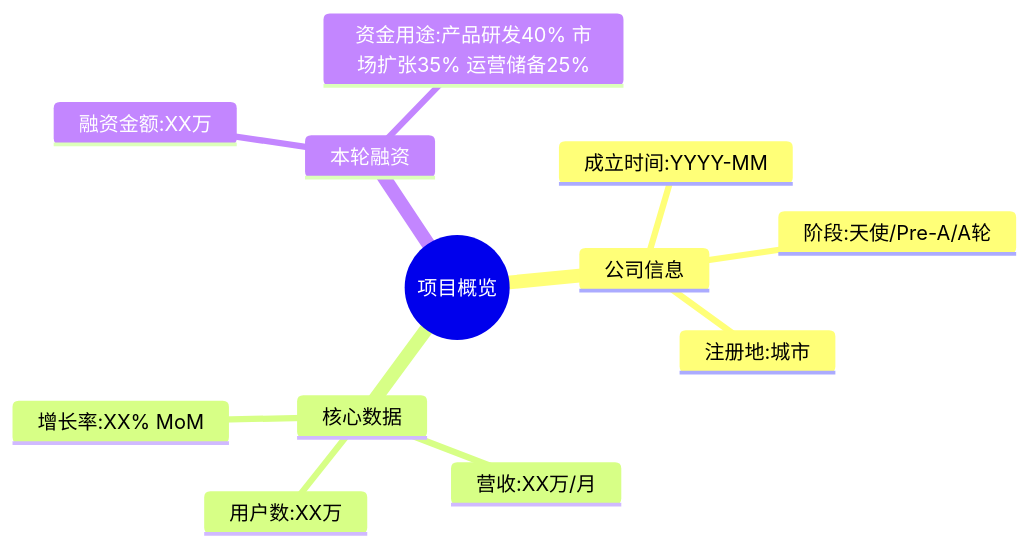
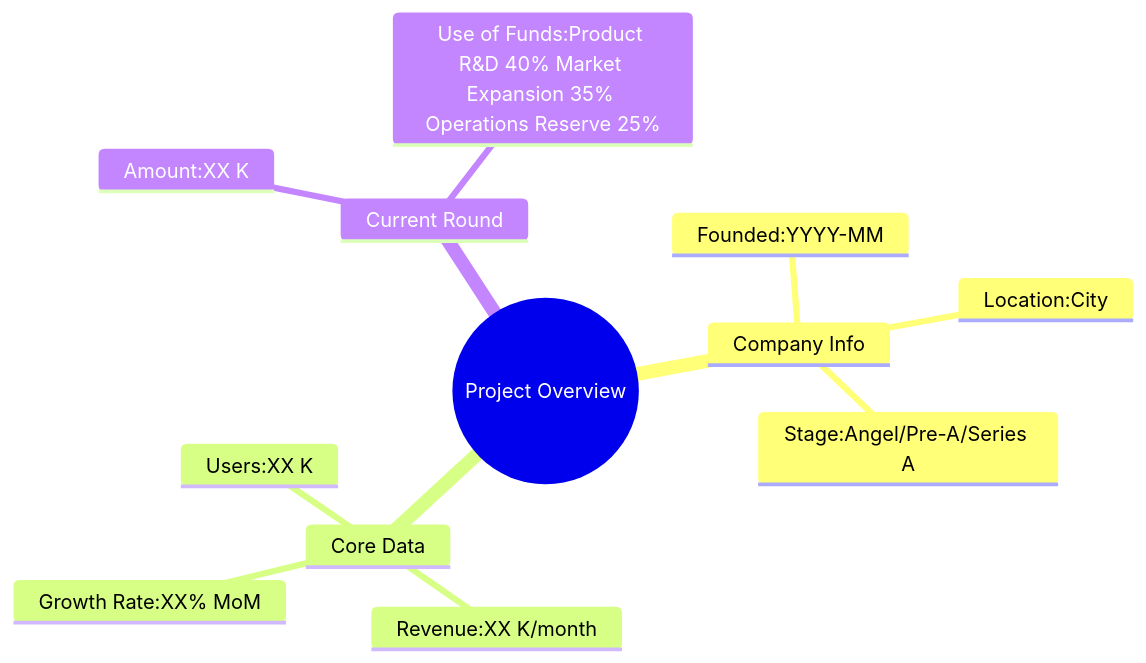
The first of 10 diagrams in templates/【模板】商业计划书.md (Kirky-X/cangjie), drawn with Mermaid before and after one commit. The commit also changed other lines of this file and 12 other files, not shown here.

````diff
--- a/templates/【模板】商业计划书.md
+++ b/templates/【模板】商业计划书.md
@@ -53,15 +53,15 @@
 ```mermaid
 mindmap
-  root((项目概览))
-    公司信息
-      成立时间:YYYY-MM
-      注册地:城市
-      阶段:天使/Pre-A/A轮
-    核心数据
-      用户数:XX万
-      营收:XX万/月
-      增长率:XX% MoM
-    本轮融资
-      融资金额:XX万
-      资金用途:产品研发40% 市场扩张35% 运营储备25%
+  root((Project Overview))
+    Company Info
+      Founded:YYYY-MM
+      Location:City
+      Stage:Angel/Pre-A/Series A
+    Core Data
+      Users:XX K
+      Revenue:XX K/month
+      Growth Rate:XX% MoM
+    Current Round
+      Amount:XX K
+      Use of Funds:Product R&D 40% Market Expansion 35% Operations Reserve 25%
 ```
````
